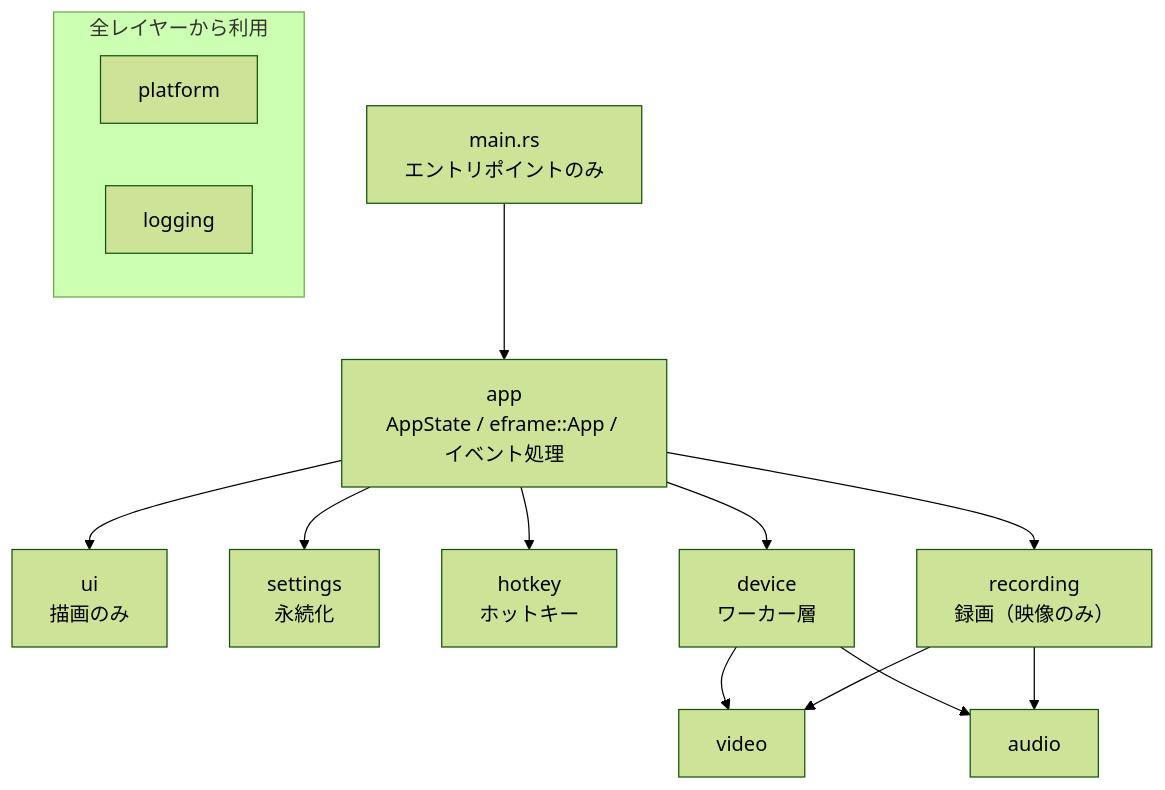
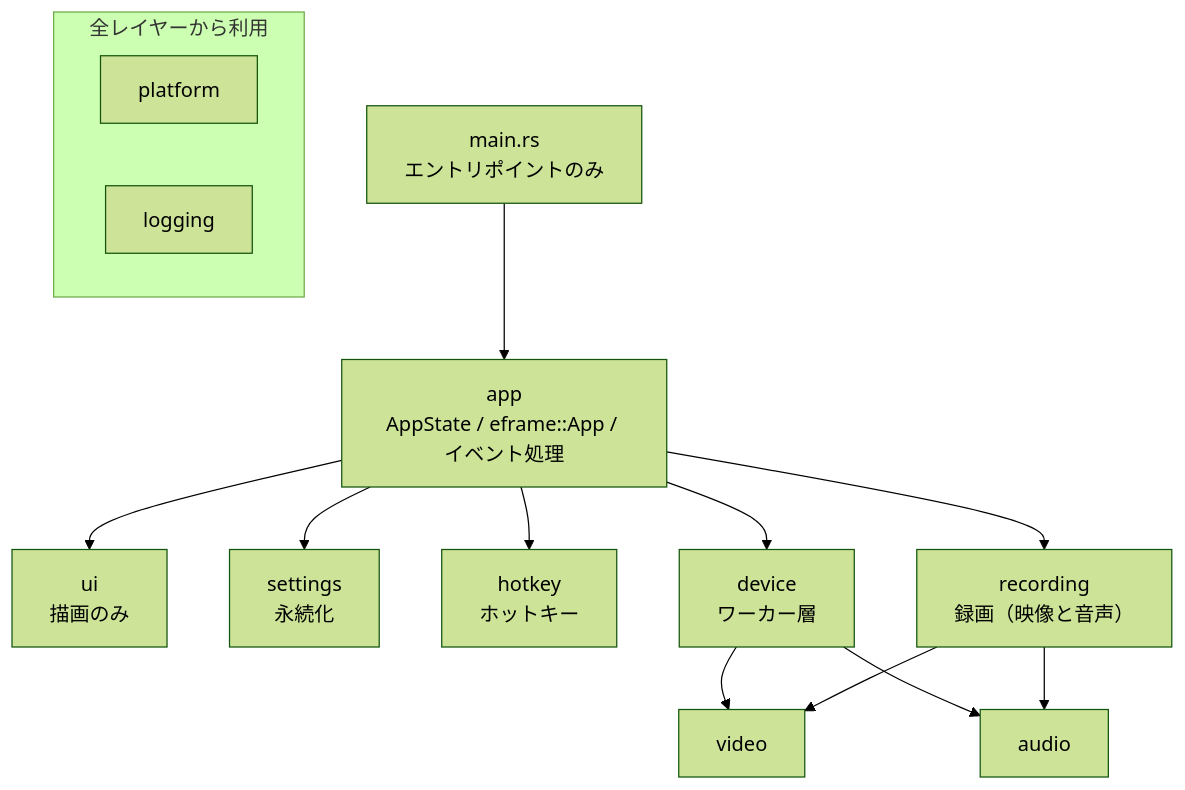
One commit to Mui-MuiMui/Capturecard_Viewer changed the first of 4 diagrams in docs/ARCHITECTURE.md. Above: the diagram before and after it, drawn with Mermaid (forest theme). The commit also changed other lines of this file and 9 other files, not shown here.

````diff
--- a/docs/ARCHITECTURE.md
+++ b/docs/ARCHITECTURE.md
@@ -22,30 +22,30 @@
 ```mermaid
 flowchart TD
     main["main.rs<br/>エントリポイントのみ"]
     app["app<br/>AppState / eframe::App / イベント処理"]
     ui["ui<br/>描画のみ"]
     settings["settings<br/>永続化"]
     hotkey["hotkey<br/>ホットキー"]
     device["device<br/>ワーカー層"]
-    recording["recording<br/>録画（映像のみ）"]
+    recording["recording<br/>録画（映像と音声）"]
     video["video"]
     audio["audio"]
     platform["platform"]
     logging["logging"]
 
     main --> app
     app --> ui
     app --> settings
     app --> hotkey
     app --> device
     device --> video
     device --> audio
     app --> recording
     recording --> video
     recording --> audio
 
     subgraph shared ["全レイヤーから利用"]
         platform
         logging
     end
 ```
````
